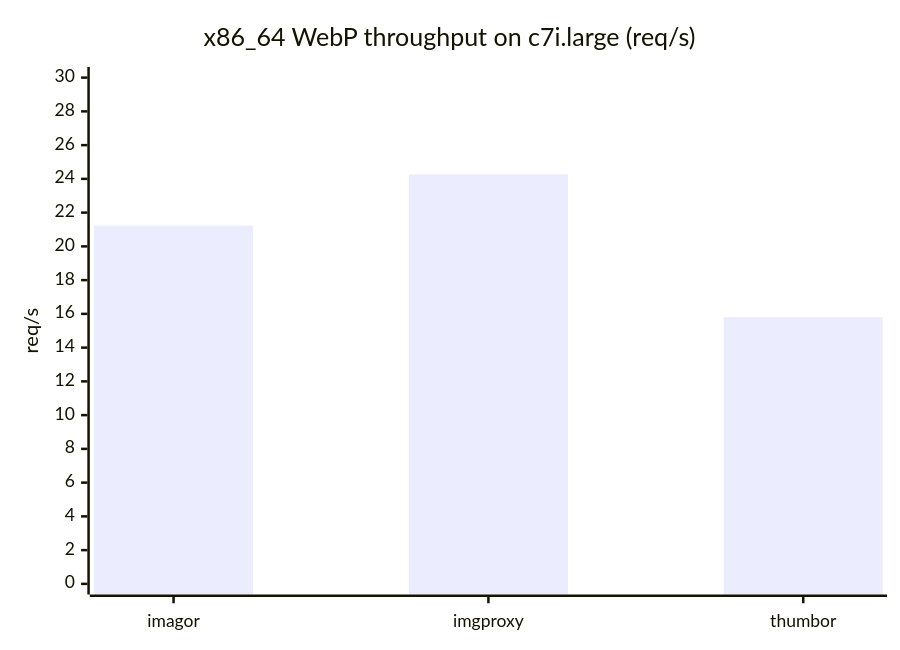
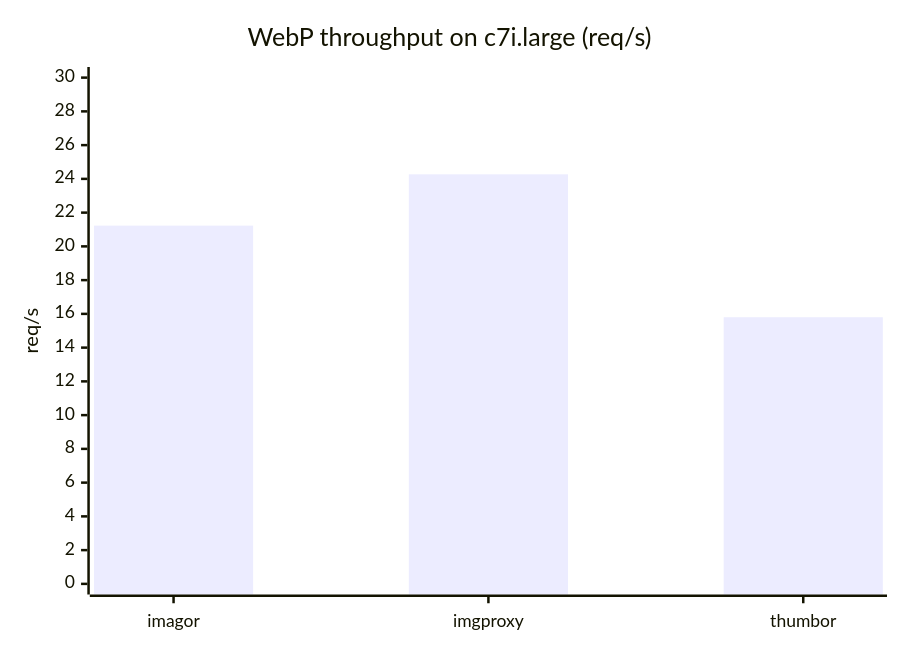
Before and after one commit to l3dlp-sandbox/imagor: the fourth of 5 diagrams in docs/docs/benchmarks.mdx, drawn with Mermaid. The commit also changed other lines of this file, not shown here.

````diff
--- a/docs/docs/benchmarks.mdx
+++ b/docs/docs/benchmarks.mdx
@@ -71,7 +69,7 @@
 ```mermaid
 xychart-beta
-  title "x86_64 WebP throughput on c7i.large (req/s)"
+  title "WebP throughput on c7i.large (req/s)"
   x-axis [imagor, imgproxy, thumbor]
   y-axis "req/s" 0 --> 30
   bar "WebP" [21.23, 24.27, 15.80]
 ```
````
